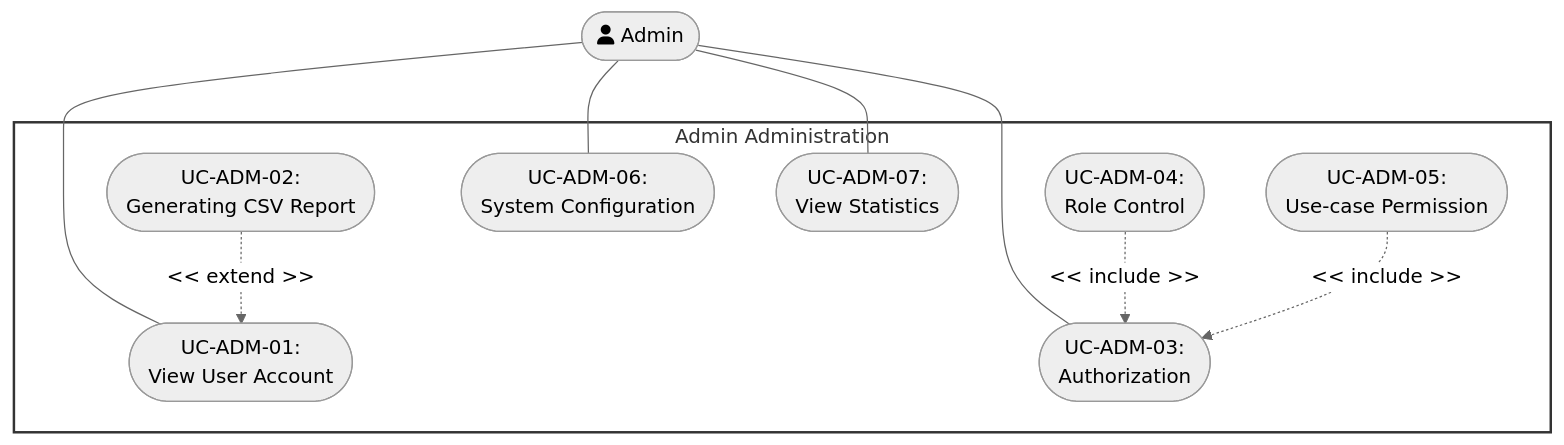
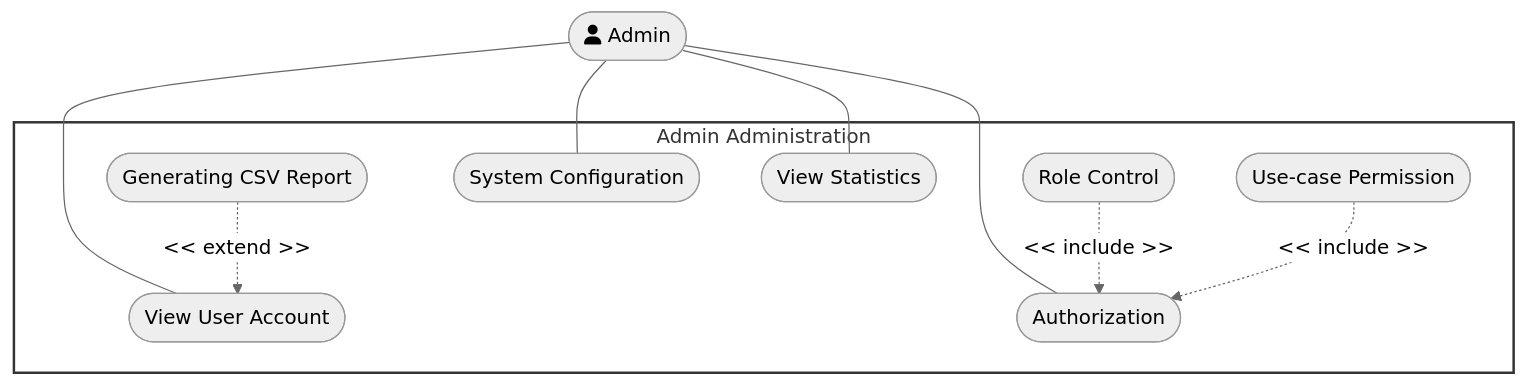
The ninth of 9 diagrams in docs/management/PA3/Use-CaseDiagram.md (DuyNhat1705/AmeThyst-Library), drawn with Mermaid (neutral theme) before and after one commit. The commit also changed other lines of this file and 5 other files, not shown here.

Commit message:
update usecase diagram for PA4

````diff
--- a/docs/management/PA3/Use-CaseDiagram.md
+++ b/docs/management/PA3/Use-CaseDiagram.md
@@ -361,21 +355,19 @@
 ```mermaid
 flowchart TD
  subgraph AdminAdministration["Admin Administration"]
-        UC1(["<center>UC-ADM-01:<br>View User Account</center>"])
-        UC2(["<center>UC-ADM-02:<br>Generating CSV Report</center>"])
-        UC3(["<center>UC-ADM-03:<br>Authorization</center>"])
-        UC4(["<center>UC-ADM-04:<br>Role Control</center>"])
-        UC5(["<center>UC-ADM-05:<br>Use-case Permission</center>"])
-        UC6(["<center>UC-ADM-06:<br>System Configuration</center>"])
-        UC7(["<center>UC-ADM-07:<br>View Statistics</center>"])
+        UC1(["View User Account"])
+        UC2(["Generating CSV Report"])
+        UC3(["Authorization"])
+        UC4(["Role Control"])
+        UC5(["Use-case Permission"])
+        UC6(["System Configuration"])
+        UC7(["View Statistics"])
   end
-    Admin(["<center>fa:fa-user Admin</center>"]) ~~~~ AdminAdministration
+    Admin(["fa:fa-user Admin"]) ~~~~ AdminAdministration
     Admin --- UC1 & UC3 & UC6 & UC7
-    
-    %% Fixed: Changed from generalization (-->) to <<include>>
     UC2 -. "<< extend >>" .-> UC1
     UC4 -. "<< include >>" .-> UC3
     UC5 -. "<< include >>" .-> UC3
 
     style AdminAdministration fill:#fff,stroke:#333,stroke-width:2px
 ```
````
